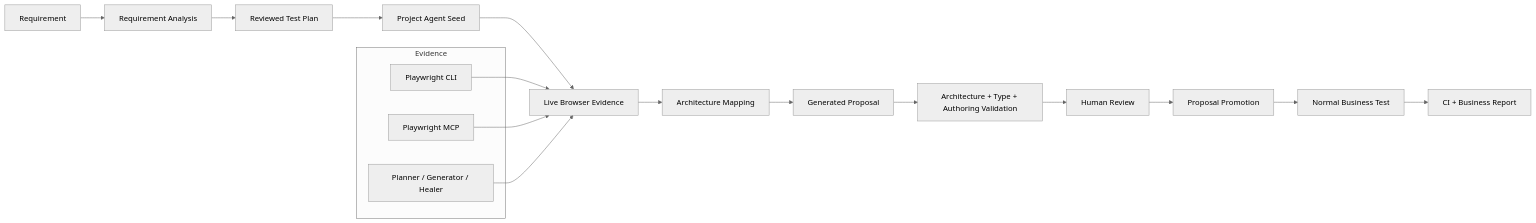
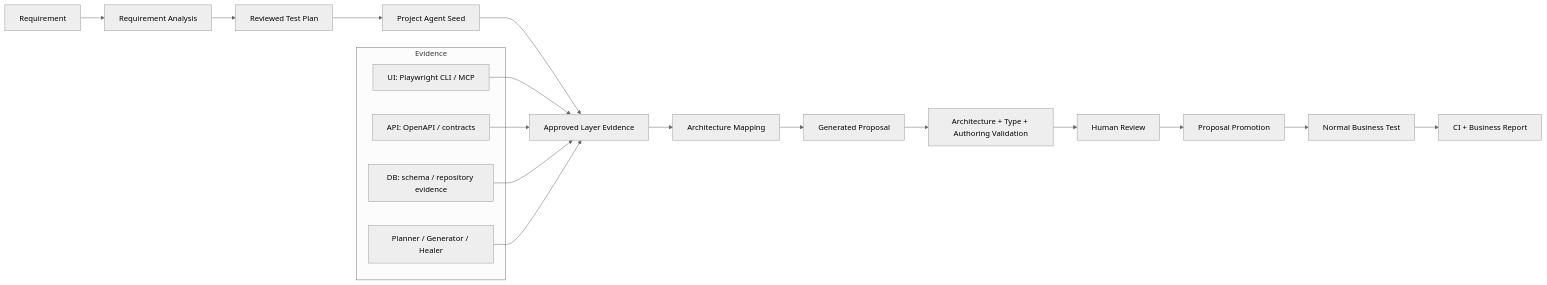
One commit to raushan-raj-ai-engineer/testigent-ai changed the fourth of 5 diagrams in README.md. Above: the diagram before and after it, drawn with Mermaid (neutral theme). The commit also changed other lines of this file and 48 other files, not shown here.

````diff
--- a/README.md
+++ b/README.md
@@ -505,24 +638,26 @@
 ```mermaid
 flowchart LR
     R[Requirement] --> A[Requirement Analysis]
     A --> P[Reviewed Test Plan]
     P --> S[Project Agent Seed]
-    S --> E[Live Browser Evidence]
+    S --> E[Approved Layer Evidence]
     E --> M[Architecture Mapping]
     M --> G[Generated Proposal]
     G --> V[Architecture + Type + Authoring Validation]
     V --> H[Human Review]
     H --> X[Proposal Promotion]
     X --> T[Normal Business Test]
     T --> C[CI + Business Report]
 
     subgraph Evidence
-      E1[Playwright CLI]
-      E2[Playwright MCP]
-      E3[Planner / Generator / Healer]
+      E1[UI: Playwright CLI / MCP]
+      E2[API: OpenAPI / contracts]
+      E3[DB: schema / repository evidence]
+      E4[Planner / Generator / Healer]
     end
 
     E1 --> E
     E2 --> E
     E3 --> E
+    E4 --> E
 ```
````
